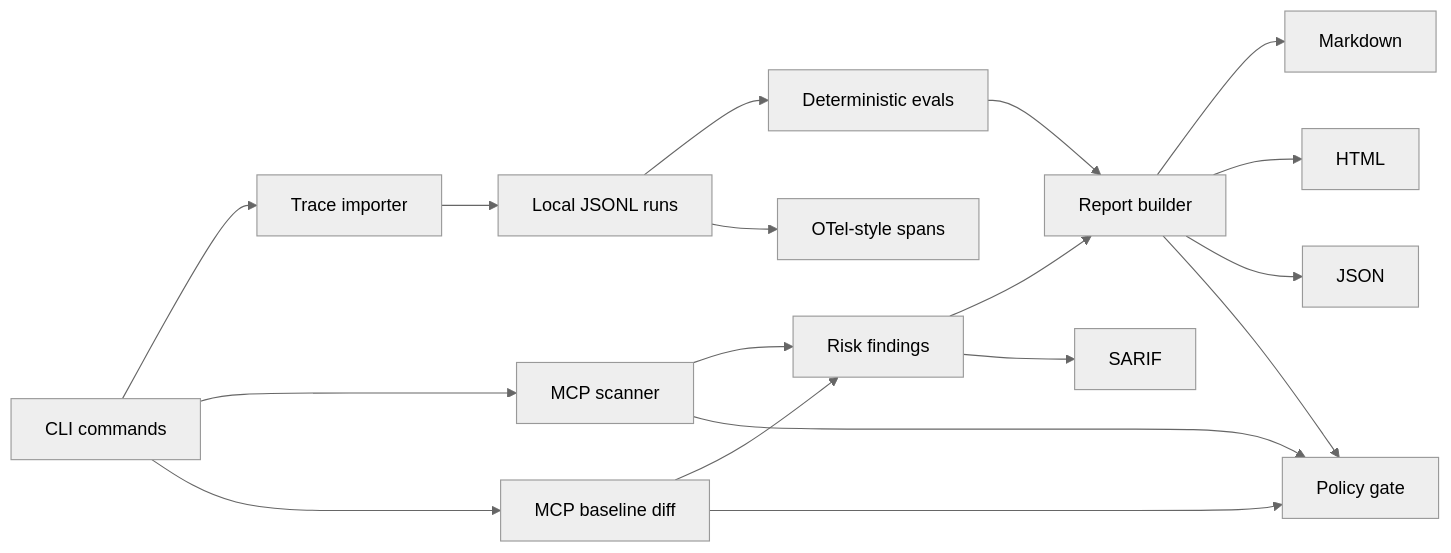
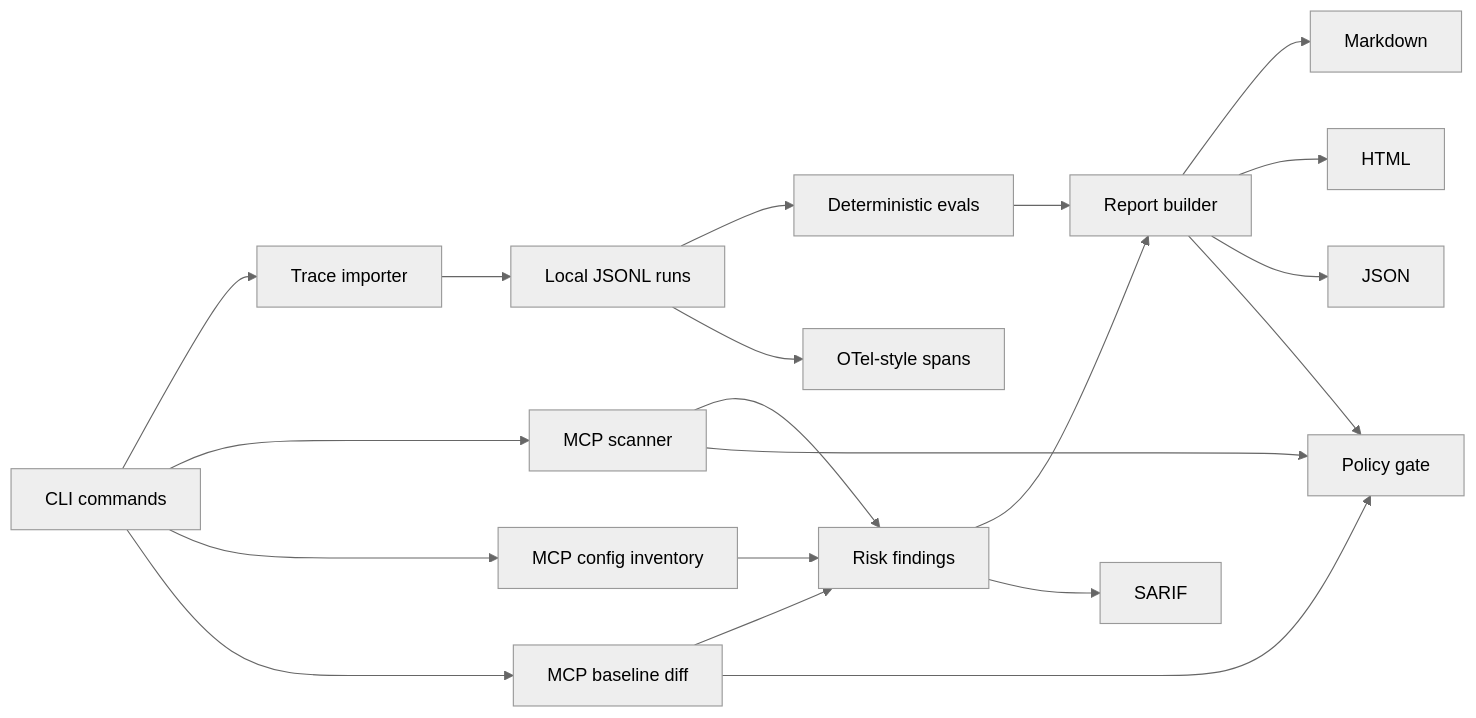
The diagram in docs/architecture.md (Gowrav-M/agentops-watchtower), drawn with Mermaid (neutral theme) before and after one commit. The commit also changed other lines of this file and 18 other files, not shown here.

Commit message:
feat: add local mcp config inventory

````diff
--- a/docs/architecture.md
+++ b/docs/architecture.md
@@ -5,20 +5,22 @@
 ```mermaid
 flowchart LR
   CLI["CLI commands"] --> Importer["Trace importer"]
   CLI --> Scanner["MCP scanner"]
+  CLI --> Inventory["MCP config inventory"]
   CLI --> Baseline["MCP baseline diff"]
   Importer --> Runs["Local JSONL runs"]
   Scanner --> Findings["Risk findings"]
+  Inventory --> Findings
   Baseline --> Findings
   Runs --> Evals["Deterministic evals"]
   Findings --> Report["Report builder"]
   Evals --> Report
   Report --> Markdown["Markdown"]
   Report --> HTML["HTML"]
   Report --> JSON["JSON"]
   Runs --> OTel["OTel-style spans"]
   Findings --> SARIF["SARIF"]
   Scanner --> Policy["Policy gate"]
   Baseline --> Policy
   Report --> Policy
 ```
````
